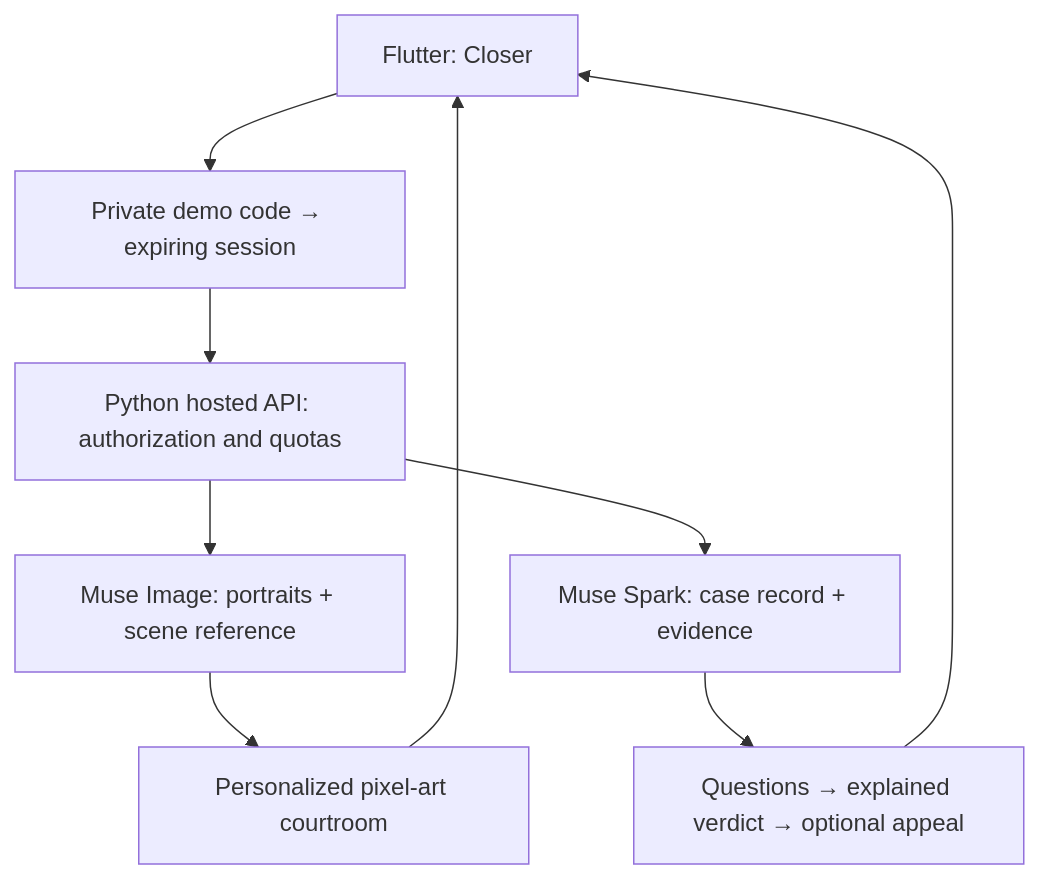
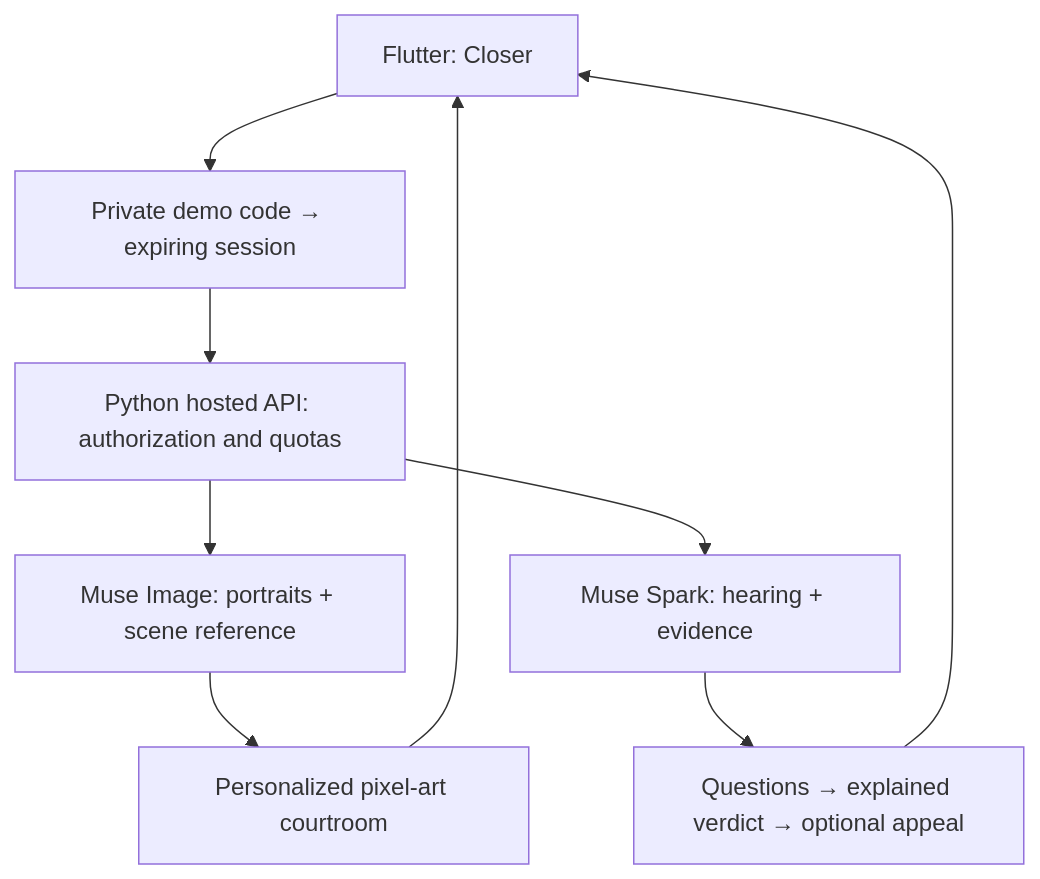
One commit to joshua0331/Closer changed the diagram in README.md. Above: the diagram before and after it, drawn with Mermaid. The commit also changed other lines of this file and 36 other files, not shown here.

````diff
--- a/README.md
+++ b/README.md
@@ -69,11 +69,11 @@
 ```mermaid
 flowchart TD
     A[Flutter: Closer] --> B[Private demo code → expiring session]
     B --> C[Python hosted API: authorization and quotas]
     C --> D[Muse Image: portraits + scene reference]
-    C --> E[Muse Spark: case record + evidence]
+    C --> E[Muse Spark: hearing + evidence]
     D --> F[Personalized pixel-art courtroom]
     E --> G[Questions → explained verdict → optional appeal]
     F --> A
     G --> A
 ```
````
